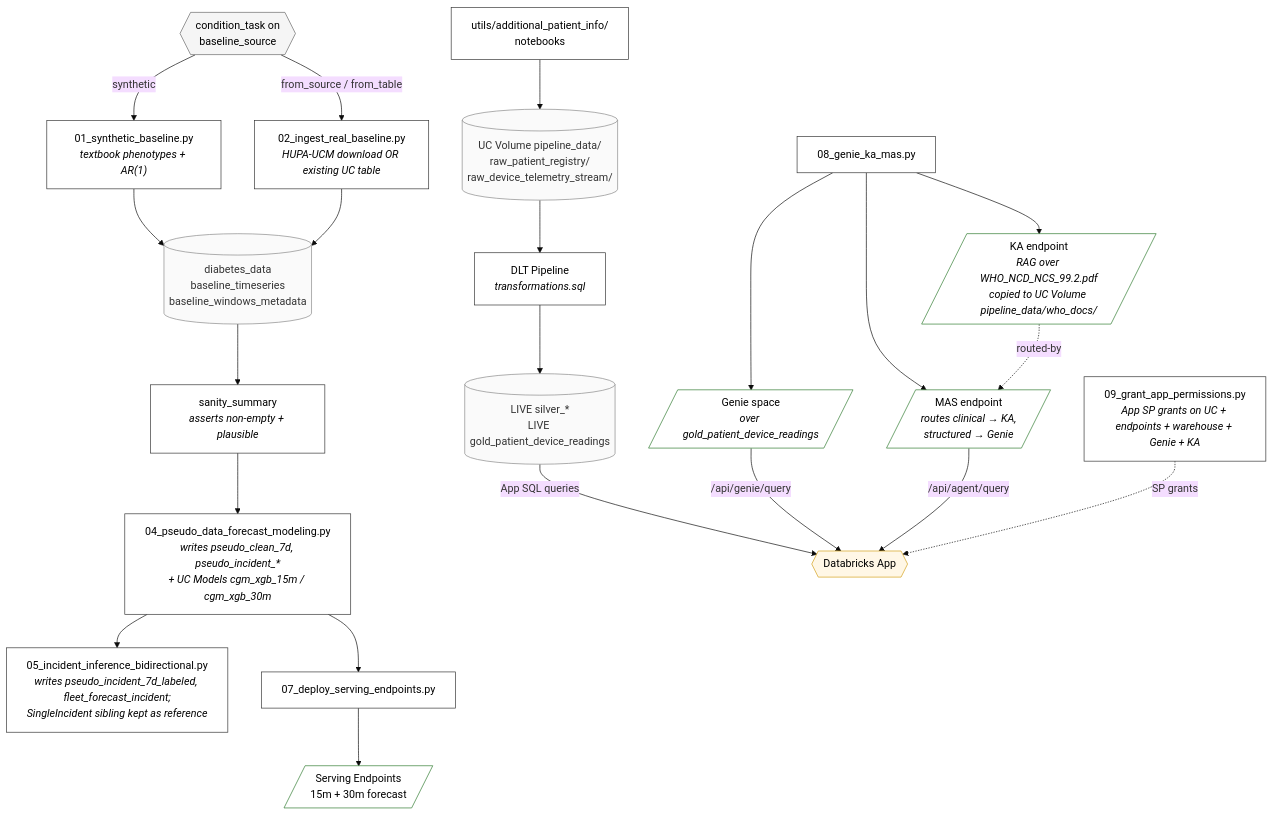
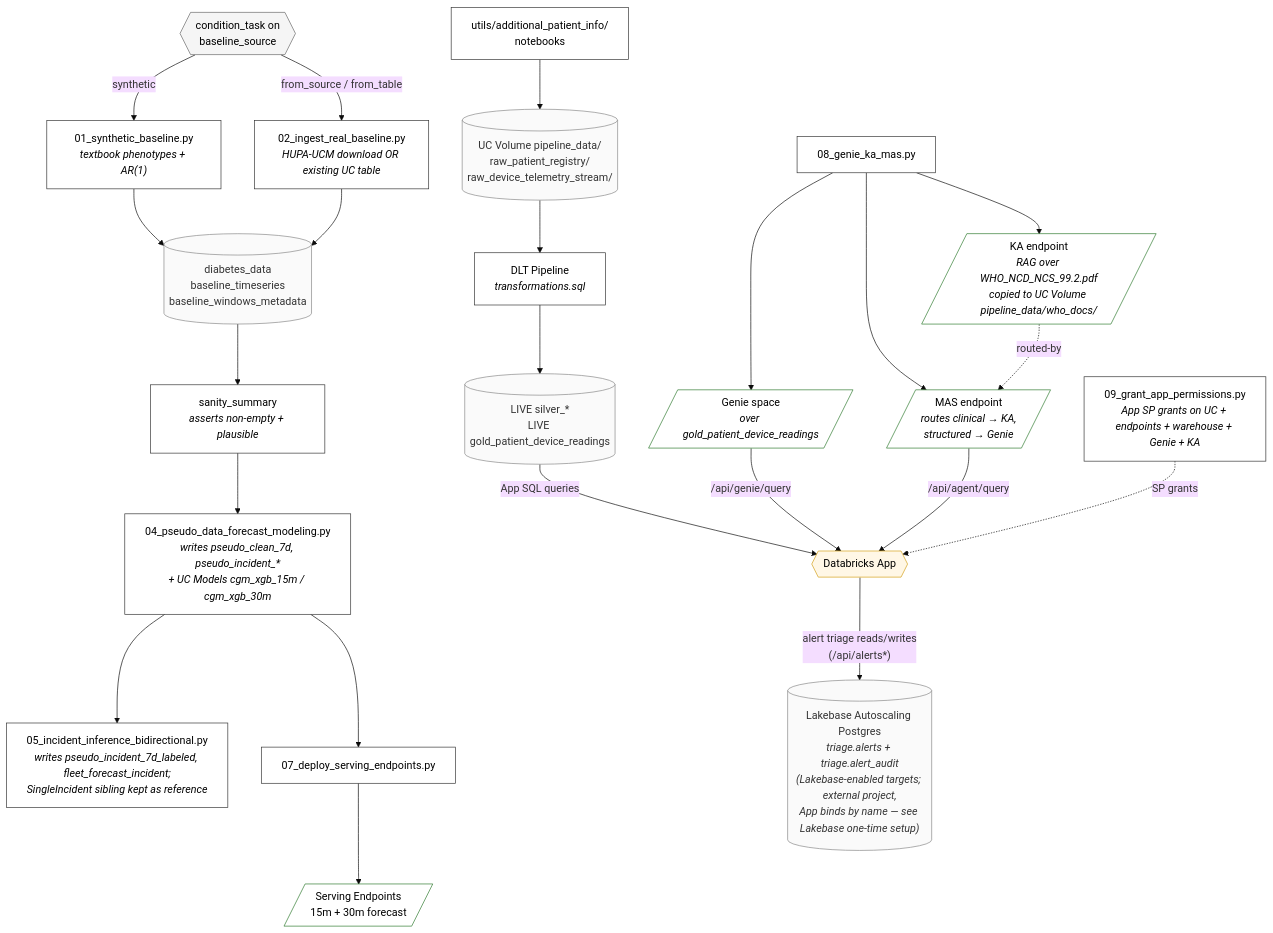
The second of 3 diagrams in DEPLOY.md (databricks-industry-solutions/glucosphere), drawn with Mermaid (base theme) before and after one commit. The commit also changed 8 other files, not shown here.

First line of the commit message:
docs(deps): per-area DEPENDENCIES.md inventories + Lakebase in architecture diagram

````diff
--- a/DEPLOY.md
+++ b/DEPLOY.md
@@ -66,44 +66,46 @@
 ```mermaid
 flowchart TD
     classDef nb fill:#fff,stroke:#333,stroke-width:1px,color:#000
     classDef branch fill:#f5f5f5,stroke:#666,stroke-width:1px,color:#000
     classDef data fill:#fafafa,stroke:#888,stroke-width:1px,color:#333
     classDef endpoint fill:#fff,stroke:#2d7a2d,stroke-width:1px,color:#000
     classDef app fill:#fff7e6,stroke:#d4a017,stroke-width:1px,color:#000
 
     V{{condition_task on<br/>baseline_source}}:::branch
     NB01["01_synthetic_baseline.py<br/><i>textbook phenotypes + AR(1)</i>"]:::nb
     NB02[02_ingest_real_baseline.py<br/><i>HUPA-UCM download OR existing UC table</i>]:::nb
     T1[(diabetes_data<br/>baseline_timeseries<br/>baseline_windows_metadata)]:::data
     S[sanity_summary<br/><i>asserts non-empty + plausible</i>]:::nb
     NB04[04_pseudo_data_forecast_modeling.py<br/><i>writes pseudo_clean_7d, pseudo_incident_*<br/>+ UC Models cgm_xgb_15m / cgm_xgb_30m</i>]:::nb
     NB05[05_incident_inference_bidirectional.py<br/><i>writes pseudo_incident_7d_labeled, fleet_forecast_incident;<br/>SingleIncident sibling kept as reference</i>]:::nb
     NB07[07_deploy_serving_endpoints.py]:::nb
     EP1[/Serving Endpoints<br/>15m + 30m forecast/]:::endpoint
     UTILS[utils/additional_patient_info/<br/>notebooks]:::nb
     VOL[(UC Volume pipeline_data/<br/>raw_patient_registry/<br/>raw_device_telemetry_stream/)]:::data
     DLT[DLT Pipeline<br/><i>transformations.sql</i>]:::nb
     GOLD[(LIVE silver_*<br/>LIVE gold_patient_device_readings)]:::data
     NB08[08_genie_ka_mas.py]:::nb
     GENIE[/Genie space<br/><i>over gold_patient_device_readings</i>/]:::endpoint
     KA[/KA endpoint<br/><i>RAG over WHO_NCD_NCS_99.2.pdf<br/>copied to UC Volume pipeline_data/who_docs/</i>/]:::endpoint
     MAS[/MAS endpoint<br/><i>routes clinical → KA,<br/>structured → Genie</i>/]:::endpoint
     APP{{Databricks App}}:::app
+    LB[("Lakebase Autoscaling Postgres<br/><i>triage.alerts + triage.alert_audit<br/>(Lakebase-enabled targets; external project,<br/>App binds by name — see Lakebase one-time setup)</i>")]:::data
     NB09[09_grant_app_permissions.py<br/><i>App SP grants on UC + endpoints + warehouse + Genie + KA</i>]:::nb
 
     V -- synthetic --> NB01
     V -- "from_source / from_table" --> NB02
     NB01 --> T1
     NB02 --> T1
     T1 --> S --> NB04 --> NB05
     NB04 --> NB07 --> EP1
     UTILS --> VOL --> DLT --> GOLD
     GOLD -- App SQL queries --> APP
     NB08 --> GENIE
     NB08 --> KA
     NB08 --> MAS
     GENIE -- /api/genie/query --> APP
     MAS -- /api/agent/query --> APP
     KA -.routed-by.-> MAS
+    APP -- "alert triage reads/writes<br/>(/api/alerts*)" --> LB
     NB09 -.SP grants.-> APP
 ```
````
